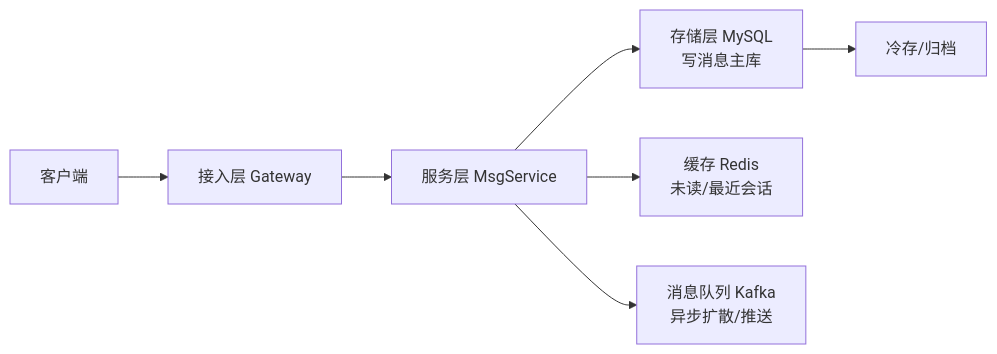
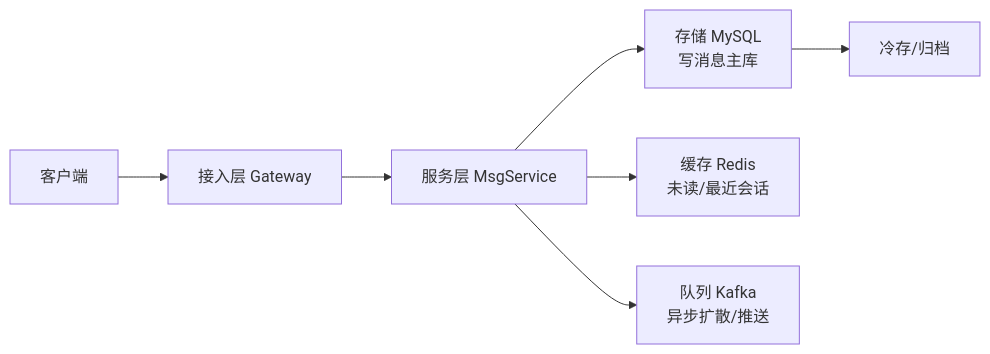
One commit to ml-cuizijun/LearnToLilith changed the second of 3 diagrams in 10-面试综合与系统设计/02-系统设计答题框架/知识点.md. Above: the diagram before and after it, drawn with Mermaid. The commit also changed other lines of this file and 178 other files, not shown here.

````diff
--- a/10-面试综合与系统设计/02-系统设计答题框架/知识点.md
+++ b/10-面试综合与系统设计/02-系统设计答题框架/知识点.md
@@ -216,9 +161,9 @@
 ```mermaid
 flowchart LR
     C["客户端"] --> G["接入层 Gateway"]
     G --> S["服务层 MsgService"]
-    S --> M["存储层 MySQL<br/>写消息主库"]
+    S --> M["存储 MySQL<br/>写消息主库"]
     S --> R["缓存 Redis<br/>未读/最近会话"]
-    S --> Q["消息队列 Kafka<br/>异步扩散/推送"]
+    S --> Q["队列 Kafka<br/>异步扩散/推送"]
     M --> CS["冷存/归档"]
 ```
````
